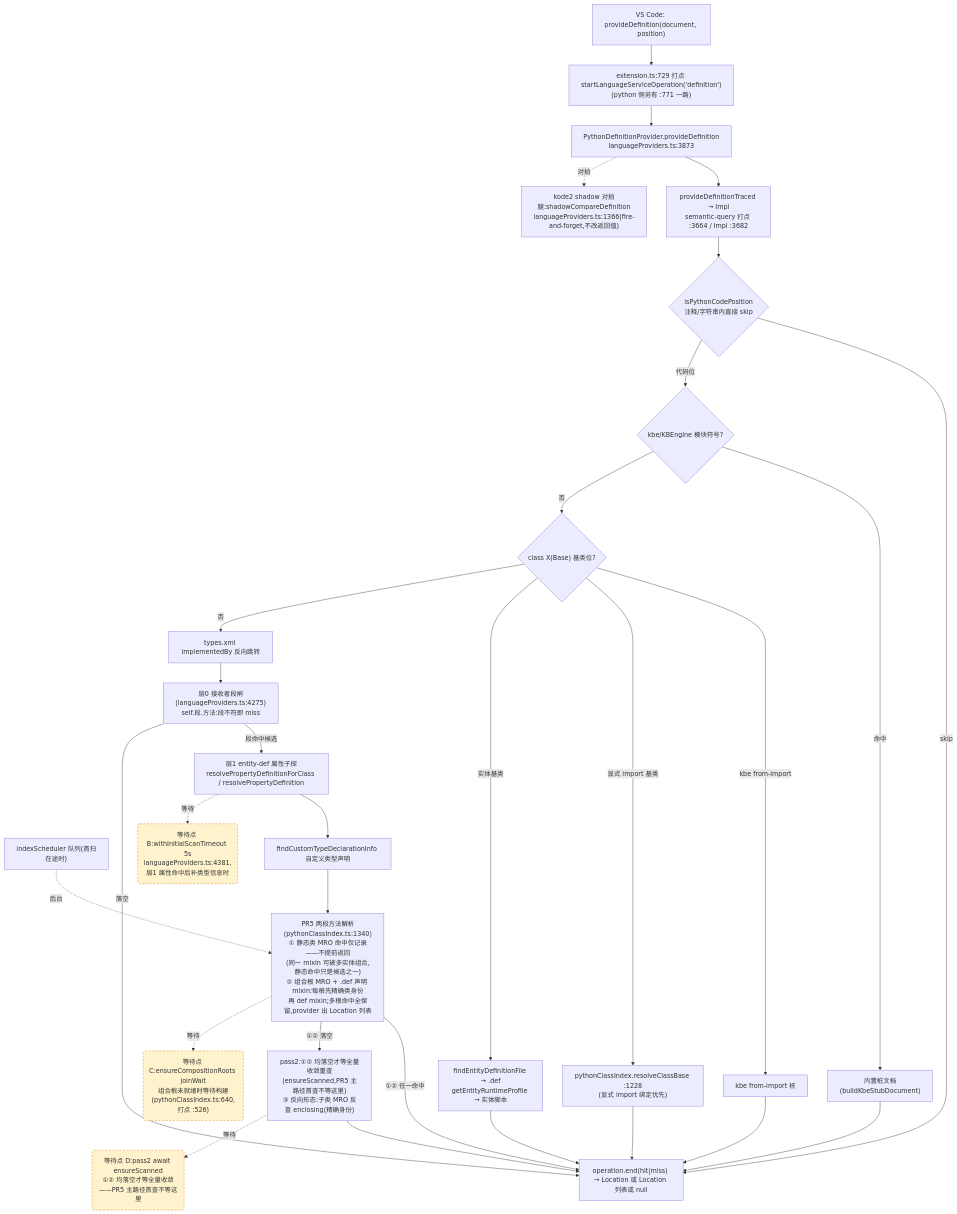
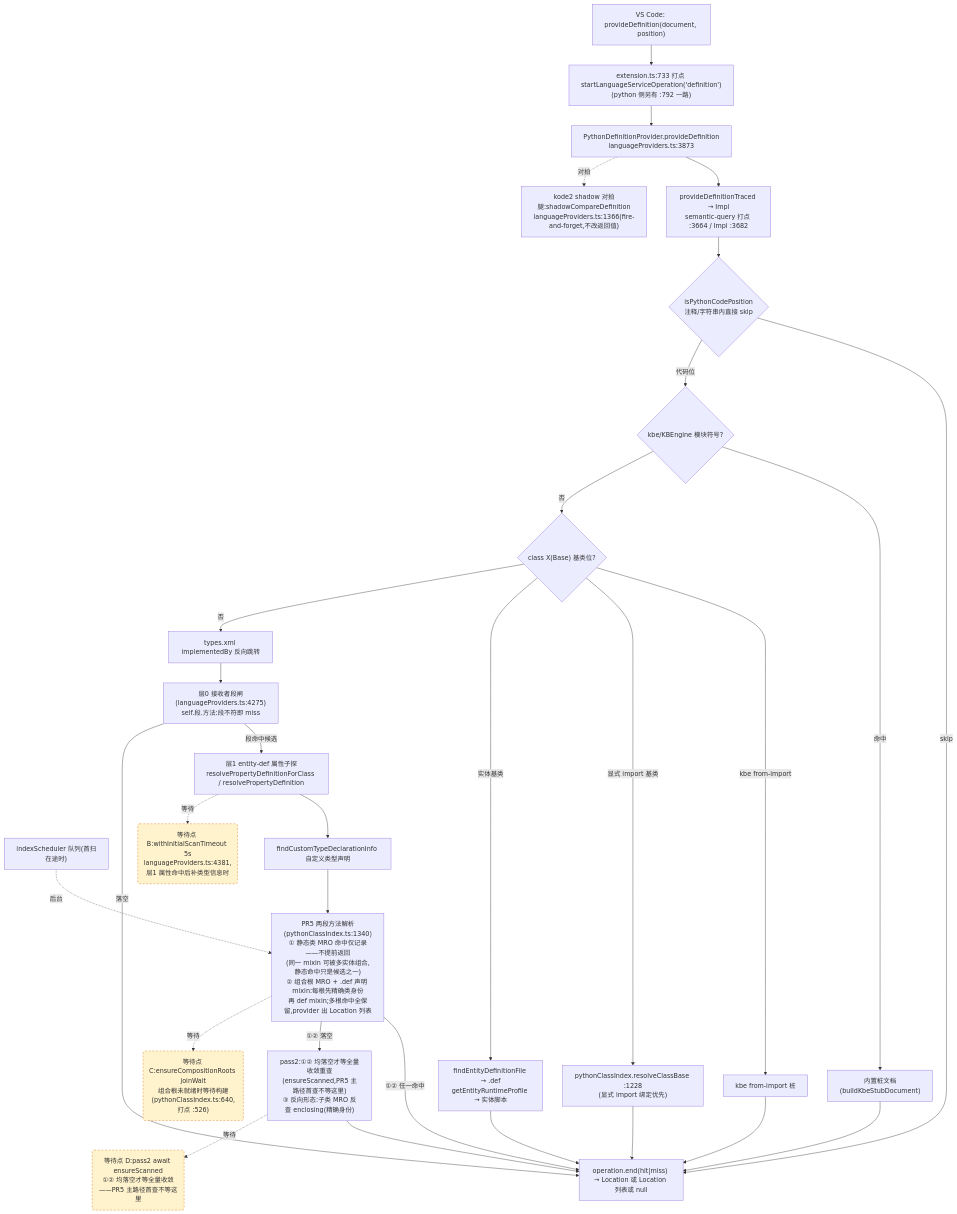
Before and after one commit to cuihairu/kode: the second of 4 diagrams in docs/perf/2026-baseline.md, drawn with Mermaid. The commit also changed other lines of this file and 17 other files, not shown here.

````diff
--- a/docs/perf/2026-baseline.md
+++ b/docs/perf/2026-baseline.md
@@ -130,51 +130,51 @@
 ```mermaid
 flowchart TD
   VC2["VS Code: provideDefinition(document, position)"]
-  M2["extension.ts:729 打点 startLanguageServiceOperation('definition')<br/>(python 侧另有 :771 一路)"]
+  M2["extension.ts:733 打点 startLanguageServiceOperation('definition')<br/>(python 侧另有 :792 一路)"]
   AD2["PythonDefinitionProvider.provideDefinition<br/>languageProviders.ts:3873"]
   TR["provideDefinitionTraced → Impl<br/>semantic-query 打点 :3664 / Impl :3682"]
   CTX{"isPythonCodePosition<br/>注释/字符串内直接 skip"}
   KBE{"kbe/KBEngine 模块符号?"}
   STUB["内置桩文档(buildKbeStubDocument)"]
   CB{"class X(Base) 基类位?"}
   CB1["kbe from-import 桩"]
   CB2["pythonClassIndex.resolveClassBase :1228<br/>(显式 import 绑定优先)"]
   CB3["findEntityDefinitionFile → .def<br/>getEntityRuntimeProfile → 实体脚本"]
   REV["types.xml implementedBy 反向跳转"]
   L0["层0 接收者段闸(languageProviders.ts:4275)<br/>self.段.方法:段不符即 miss"]
   L1["层1 entity-def 属性子探<br/>resolvePropertyDefinitionForClass / resolvePropertyDefinition"]
   SCAN["indexScheduler 队列(首扫在途时)"]
   TY["findCustomTypeDeclarationInfo 自定义类型声明"]
   MRO["PR5 两段方法解析(pythonClassIndex.ts:1340)<br/>① 静态类 MRO 命中仅记录——不提前返回<br/>(同一 mixin 可被多实体组合,静态命中只是候选之一)<br/>② 组合根 MRO + .def 声明 mixin:每根先精确类身份<br/>再 def mixin;多根命中全保留,provider 出 Location 列表"]
   PASS2["pass2:①② 均落空才等全量收敛重查<br/>(ensureScanned,PR5 主路径首查不等这里)<br/>③ 反向形态:子类 MRO 反查 enclosing(精确身份)"]
   SHD["kode2 shadow 对拍腿:shadowCompareDefinition<br/>languageProviders.ts:1366(fire-and-forget,不改返回值)"]
   END2["operation.end(hit|miss) → Location 或 Location 列表或 null"]
 
   VC2 --> M2 --> AD2 --> TR --> CTX
   CTX -- "skip" --> END2
   CTX -- "代码位" --> KBE
   KBE -- "命中" --> STUB --> END2
   KBE -- "否" --> CB
   CB -- "kbe from-import" --> CB1 --> END2
   CB -- "显式 import 基类" --> CB2 --> END2
   CB -- "实体基类" --> CB3 --> END2
   CB -- "否" --> REV --> L0
   L0 -- "段命中候选" --> L1
   L0 -- "落空" --> END2
   L1 --> TY
   TY --> MRO
   MRO -- "①② 任一命中" --> END2
   MRO -- "①② 落空" --> PASS2 --> END2
   AD2 -.->|对拍| SHD
 
   WAITB("等待点 B:withInitialScanTimeout 5s<br/>languageProviders.ts:4381,层1 属性命中后补类型信息时")
   WAITC("等待点 C:ensureCompositionRoots joinWait<br/>组合根未就绪时等待构建(pythonClassIndex.ts:640,打点 :526)")
   WAITD("等待点 D:pass2 await ensureScanned<br/>①② 均落空才等全量收敛——PR5 主路径首查不等这里")
   L1 -.->|等待| WAITB
   MRO -.->|等待| WAITC
   PASS2 -.->|等待| WAITD
   SCAN -.->|后台| MRO
 
   classDef waitPoint fill:#fff3cd,stroke:#d97706,stroke-dasharray:5 4;
   class WAITB,WAITC,WAITD waitPoint;
 ```
````
